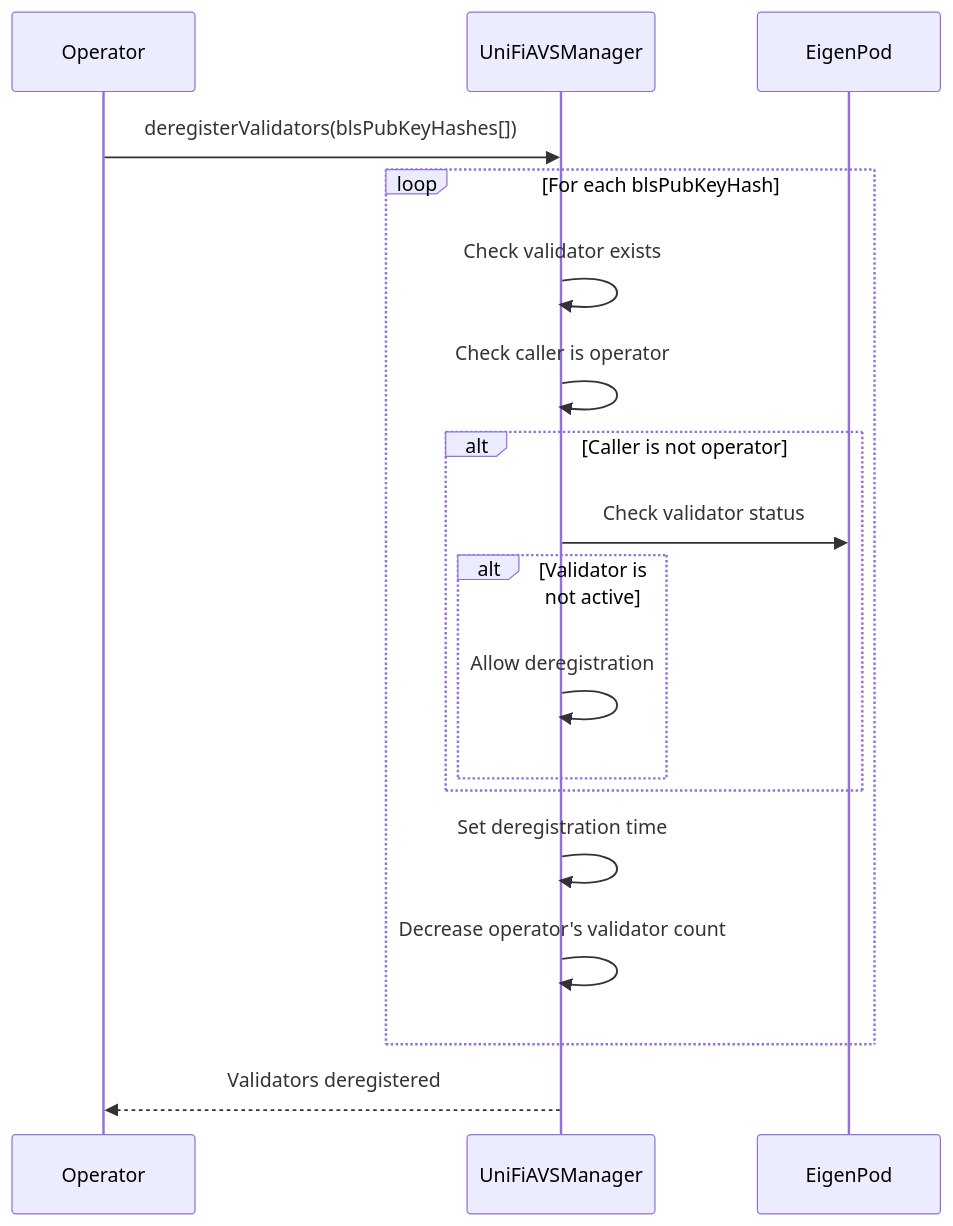
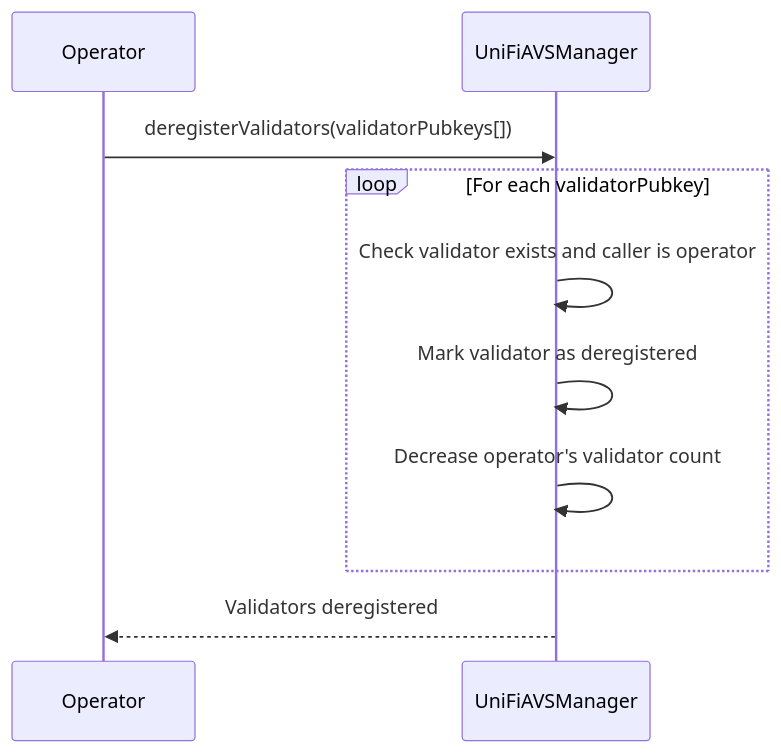
The fourth of 5 diagrams in avs-manager/docs/registration.md (PufferFinance/Puffer-Preconf), drawn with Mermaid before and after one commit. The commit also changed other lines of this file, not shown here.

````diff
--- a/avs-manager/docs/registration.md
+++ b/avs-manager/docs/registration.md
@@ -165,20 +161,13 @@
 ```mermaid
 sequenceDiagram
     participant Operator
     participant UniFiAVSManager
-    participant EigenPod
-    Operator->>UniFiAVSManager: deregisterValidators(blsPubKeyHashes[])
-    loop For each blsPubKeyHash
-        UniFiAVSManager->>UniFiAVSManager: Check validator exists
-        UniFiAVSManager->>UniFiAVSManager: Check caller is operator
-        alt Caller is not operator
-            UniFiAVSManager->>EigenPod: Check validator status
-            alt Validator is not active
-                UniFiAVSManager->>UniFiAVSManager: Allow deregistration
-            end
-        end
-        UniFiAVSManager->>UniFiAVSManager: Set deregistration time
+
+    Operator->>UniFiAVSManager: deregisterValidators(validatorPubkeys[])
+    loop For each validatorPubkey
+        UniFiAVSManager->>UniFiAVSManager: Check validator exists and caller is operator
+        UniFiAVSManager->>UniFiAVSManager: Mark validator as deregistered
         UniFiAVSManager->>UniFiAVSManager: Decrease operator's validator count
     end
     UniFiAVSManager-->>Operator: Validators deregistered
 ```
````
